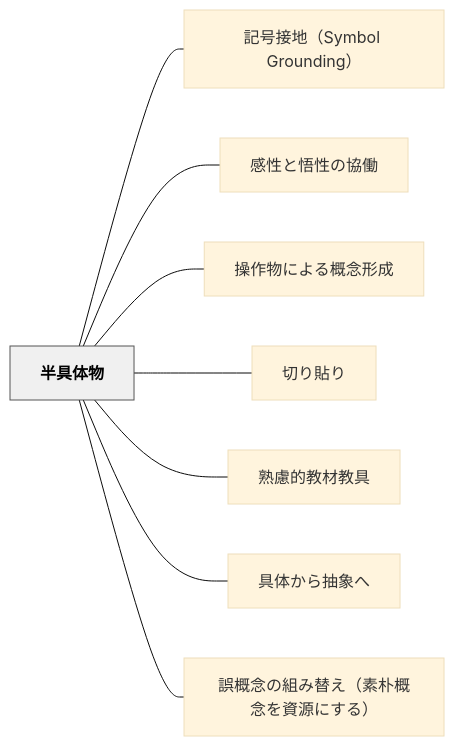
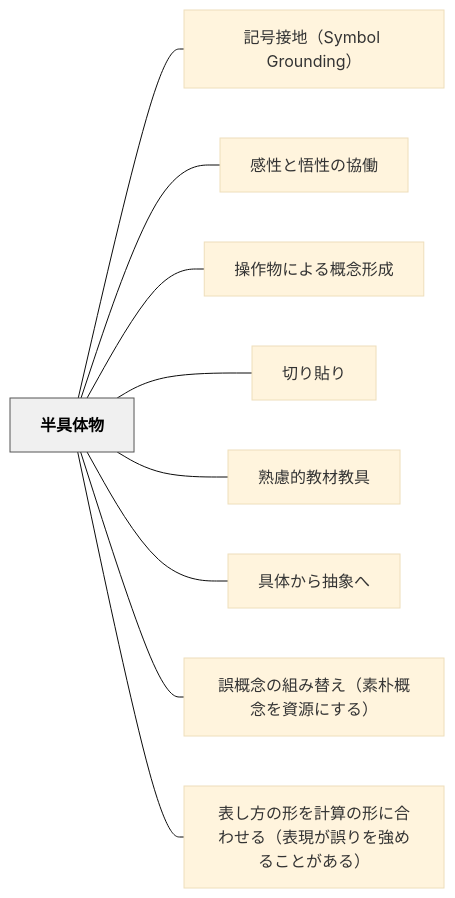
The diagram in content/パタン/半具体物.md (unknownthings-ed-patterns/unknownthings-ed-patterns), drawn with Mermaid (base theme) before and after one commit. The commit also changed 4 other files, not shown here.

````diff
--- a/content/パタン/半具体物.md
+++ b/content/パタン/半具体物.md
@@ -59,22 +59,24 @@
 ```mermaid
 flowchart LR
     ne58d8ae585b7e4bd93e789a9["半具体物"]
     ne8a898e58fb7e68ea5e59cb0efbc8853796d626f6c2047726f756e64696e67efbc89["記号接地（Symbol Grounding）"]
     ne6849fe680a7e381a8e6829fe680a7e381aee58d94e5838d["感性と悟性の協働"]
     ne6938de4bd9ce789a9e381abe38288e3828be6a682e5bfb5e5bda2e68890["操作物による概念形成"]
     ne58887e3828ae8b2bce3828a["切り貼り"]
     ne7869fe685aee79a84e69599e69d90e69599e585b7["熟慮的教材教具"]
     ne585b7e4bd93e3818be38289e68abde8b1a1e381b8["具体から抽象へ"]
     ne8aaa4e6a682e5bfb5e381aee7b584e381bfe69bbfe38188efbc88e7b4a0e69cb4e6a682e5bfb5e38292e8b387e6ba90e381abe38199e3828befbc89["誤概念の組み替え（素朴概念を資源にする）"]
+    ne8a1a8e38197e696b9e381aee5bda2e38292e8a888e7ae97e381aee5bda2e381abe59088e3828fe3819be3828befbc88e8a1a8e78fbee3818ce8aaa4e3828ae38292e5bcb7e38281e3828be38193e381a8e3818ce38182e3828befbc89["表し方の形を計算の形に合わせる（表現が誤りを強めることがある）"]
 
     ne58d8ae585b7e4bd93e789a9 --- ne8a898e58fb7e68ea5e59cb0efbc8853796d626f6c2047726f756e64696e67efbc89
     ne58d8ae585b7e4bd93e789a9 --- ne6849fe680a7e381a8e6829fe680a7e381aee58d94e5838d
     ne58d8ae585b7e4bd93e789a9 --- ne6938de4bd9ce789a9e381abe38288e3828be6a682e5bfb5e5bda2e68890
     ne58d8ae585b7e4bd93e789a9 --- ne58887e3828ae8b2bce3828a
     ne58d8ae585b7e4bd93e789a9 --- ne7869fe685aee79a84e69599e69d90e69599e585b7
     ne58d8ae585b7e4bd93e789a9 --- ne585b7e4bd93e3818be38289e68abde8b1a1e381b8
     ne58d8ae585b7e4bd93e789a9 --- ne8aaa4e6a682e5bfb5e381aee7b584e381bfe69bbfe38188efbc88e7b4a0e69cb4e6a682e5bfb5e38292e8b387e6ba90e381abe38199e3828befbc89
+    ne58d8ae585b7e4bd93e789a9 --- ne8a1a8e38197e696b9e381aee5bda2e38292e8a888e7ae97e381aee5bda2e381abe59088e3828fe3819be3828befbc88e8a1a8e78fbee3818ce8aaa4e3828ae38292e5bcb7e38281e3828be38193e381a8e3818ce38182e3828befbc89
 
     classDef hub fill:#f0f0f0,stroke:#555,color:#000,font-weight:bold
     class ne58d8ae585b7e4bd93e789a9 hub
 ```
````
